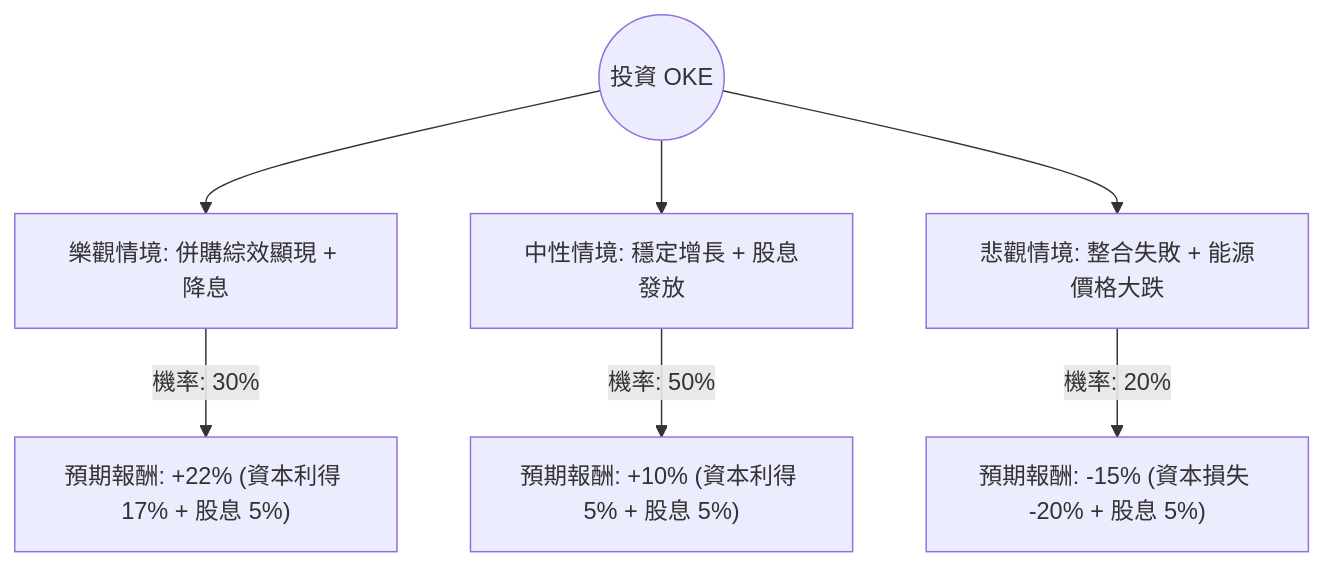
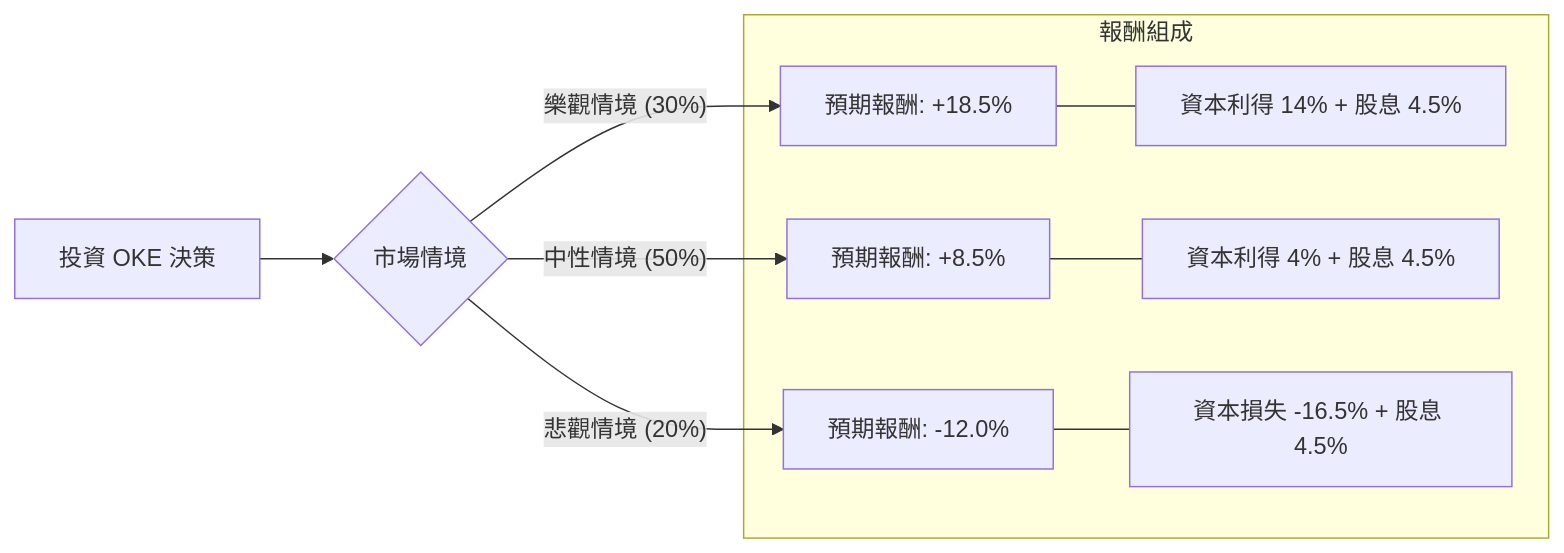
The diagram in plugin-react/ai-analysis/ev-analysis/OKE.md (zmcx16/zmcx16.github.io), drawn with Mermaid before and after one commit. The commit also changed other lines of this file and 73 other files, not shown here.

````diff
--- a/plugin-react/ai-analysis/ev-analysis/OKE.md
+++ b/plugin-react/ai-analysis/ev-analysis/OKE.md
@@ -20,10 +18,14 @@
 ```mermaid
-graph TD
-    Start((投資 OKE)) --> Bull[樂觀情境: 併購綜效顯現 + 降息]
-    Start --> Base[中性情境: 穩定增長 + 股息發放]
-    Start --> Bear[悲觀情境: 整合失敗 + 能源價格大跌]
+graph LR
+    A[投資 OKE 決策] --> B{市場情境}
+    
+    B -- 樂觀情境 (30%) --> C[預期報酬: +18.5%]
+    B -- 中性情境 (50%) --> D[預期報酬: +8.5%]
+    B -- 悲觀情境 (20%) --> E[預期報酬: -12.0%]
 
-    Bull -- "機率: 30%" --> BullVal["預期報酬: +22% (資本利得 17% + 股息 5%)"]
-    Base -- "機率: 50%" --> BaseVal["預期報酬: +10% (資本利得 5% + 股息 5%)"]
-    Bear -- "機率: 20%" --> BearVal["預期報酬: -15% (資本損失 -20% + 股息 5%)"]
+    subgraph 報酬組成
+    C --- C1[資本利得 14% + 股息 4.5%]
+    D --- D1[資本利得 4% + 股息 4.5%]
+    E --- E1[資本損失 -16.5% + 股息 4.5%]
+    end
 ```
````
